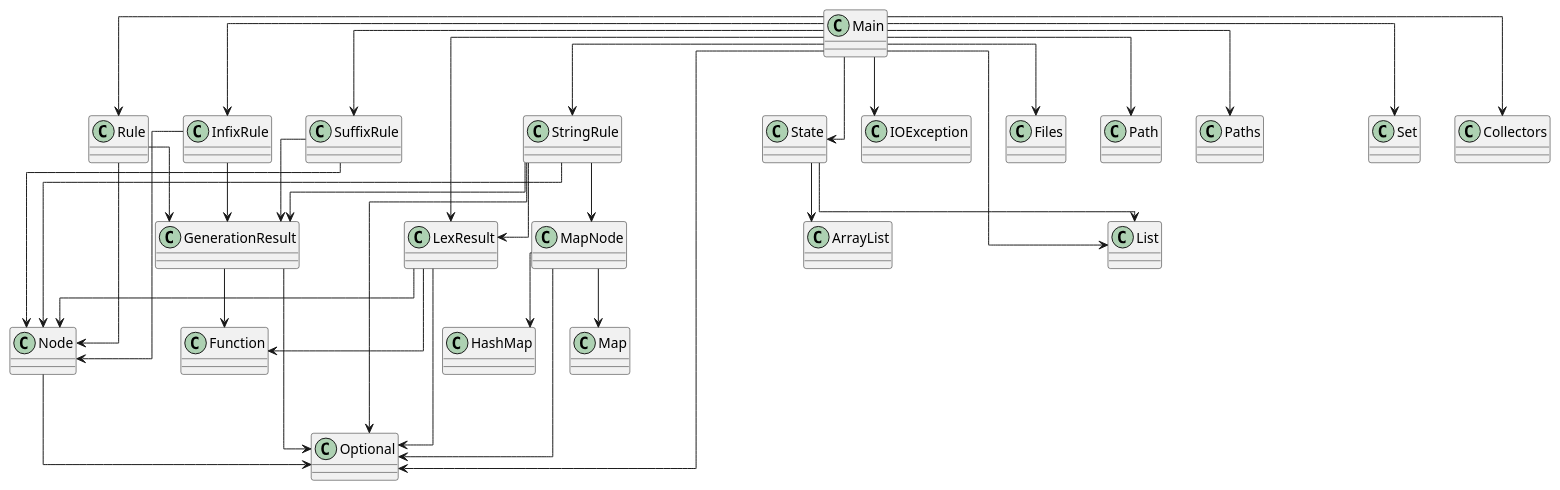
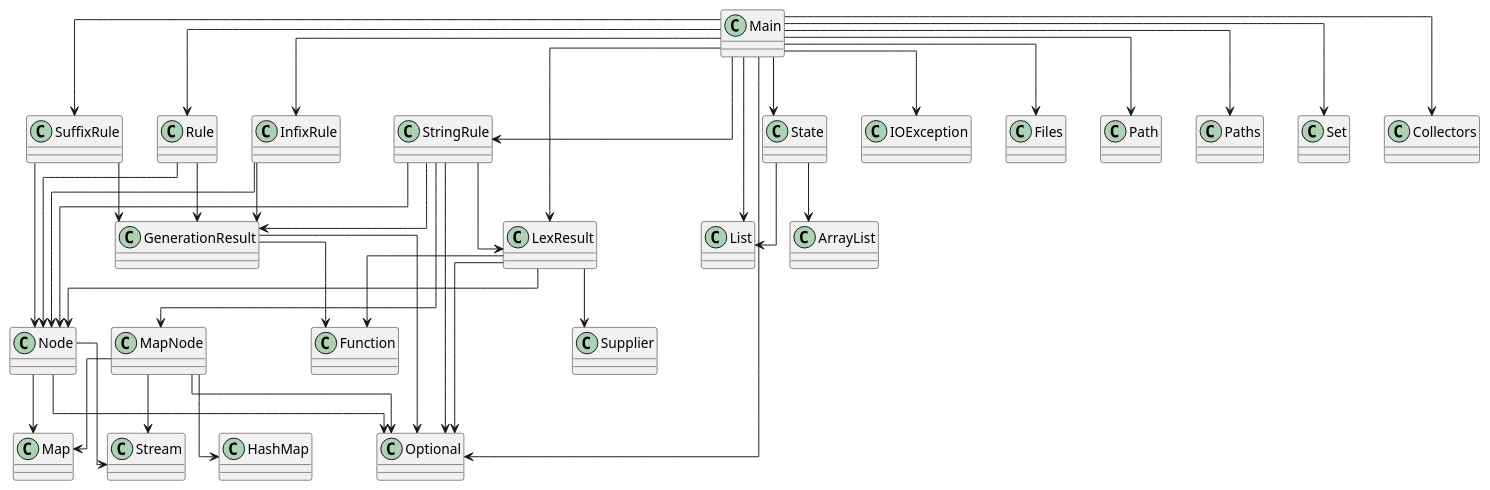
One commit to SirMathhman/Magma changed the diagram in diagram.puml. Above: the diagram before and after it, drawn with PlantUML. The commit also changed 4 other files, not shown here.

```diff
--- a/diagram.puml
+++ b/diagram.puml
@@ -1,49 +1,53 @@
 @startuml
 skinparam linetype ortho
 class SuffixRule
 SuffixRule --> Node
 SuffixRule --> GenerationResult
 class Node
+Node --> Map
 Node --> Optional
+Node --> Stream
 class GenerationResult
 GenerationResult --> Optional
 GenerationResult --> Function
 class Rule
 Rule --> Node
 Rule --> GenerationResult
 class LexResult
 LexResult --> Node
 LexResult --> Optional
 LexResult --> Function
+LexResult --> Supplier
 class InfixRule
 InfixRule --> Node
 InfixRule --> GenerationResult
 class Main
 Main --> State
 Main --> InfixRule
 Main --> LexResult
 Main --> Rule
 Main --> StringRule
 Main --> SuffixRule
 Main --> IOException
 Main --> Files
 Main --> Path
 Main --> Paths
 Main --> List
 Main --> Optional
 Main --> Set
 Main --> Collectors
 class MapNode
 MapNode --> HashMap
 MapNode --> Map
 MapNode --> Optional
+MapNode --> Stream
 class StringRule
 StringRule --> MapNode
 StringRule --> Node
 StringRule --> GenerationResult
 StringRule --> LexResult
 StringRule --> Optional
 class State
 State --> ArrayList
 State --> List
 @enduml
```
